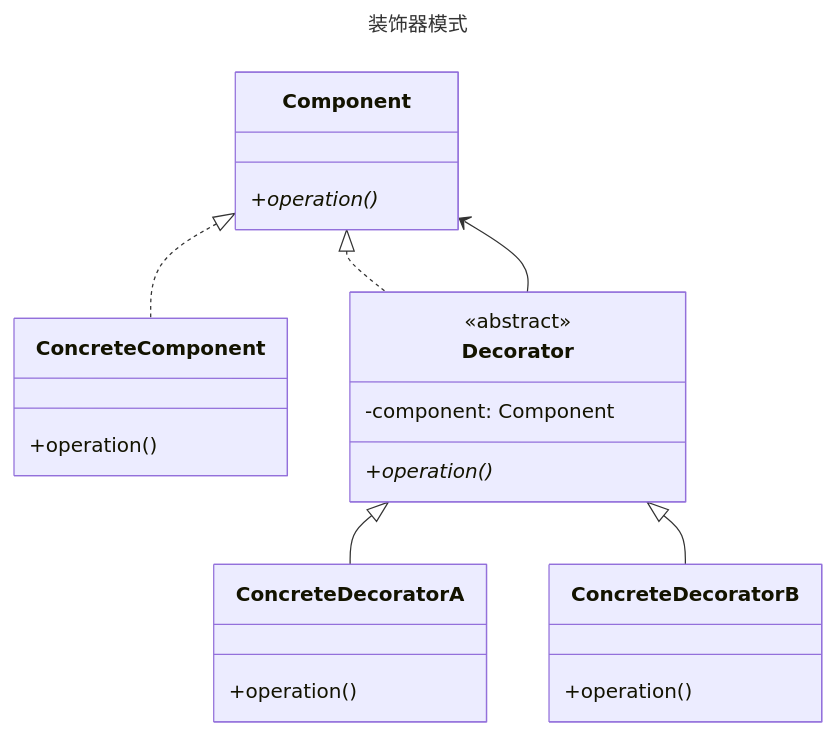
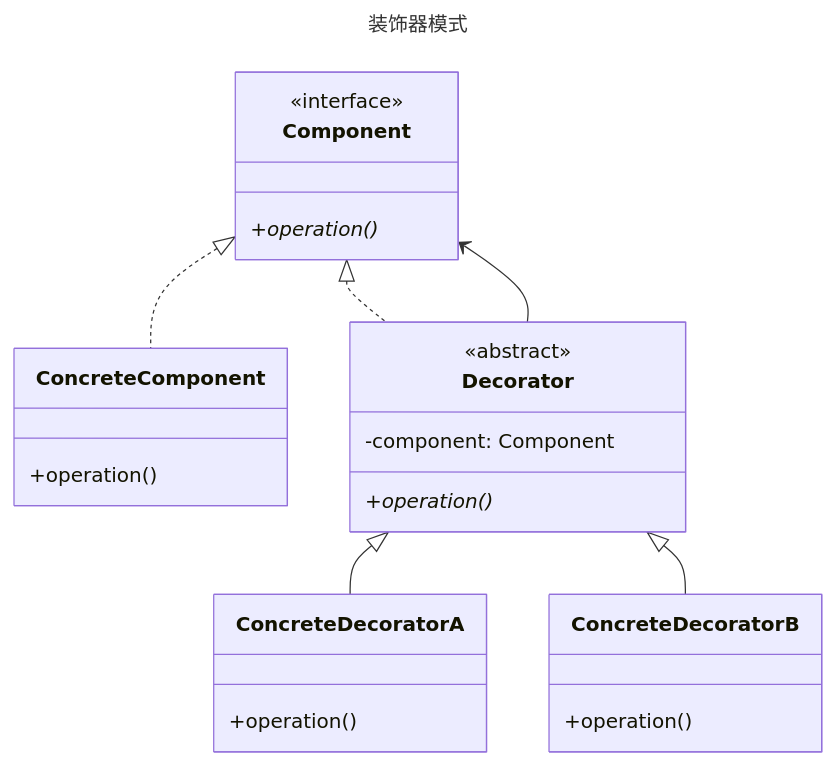
The diagram in decorator/README.md (fengyun89/typescript-design-patterns), drawn with Mermaid before and after one commit. The commit also changed 5 other files, not shown here.

````diff
--- a/decorator/README.md
+++ b/decorator/README.md
@@ -1,28 +1,29 @@
 ```mermaid
 ---
 title: 装饰器模式
 ---
 classDiagram
     class Component{
+        <<interface>>
         +operation()*
     }
     class ConcreteComponent {
         +operation()
     }
     class Decorator {
         <<abstract>>
         -component: Component
         +operation()*
     }
     class ConcreteDecoratorA {
         +operation()
     }
     class ConcreteDecoratorB {
         +operation()
     }
     Component <|.. ConcreteComponent
     Component <|.. Decorator
     Component <-- Decorator
     Decorator <|-- ConcreteDecoratorA
     Decorator <|-- ConcreteDecoratorB
 ```
````
